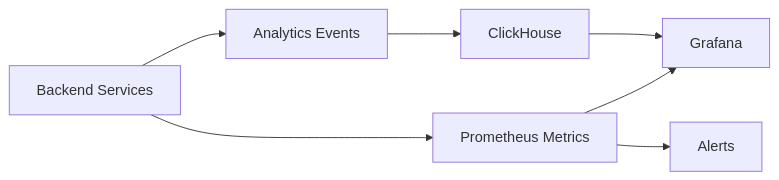
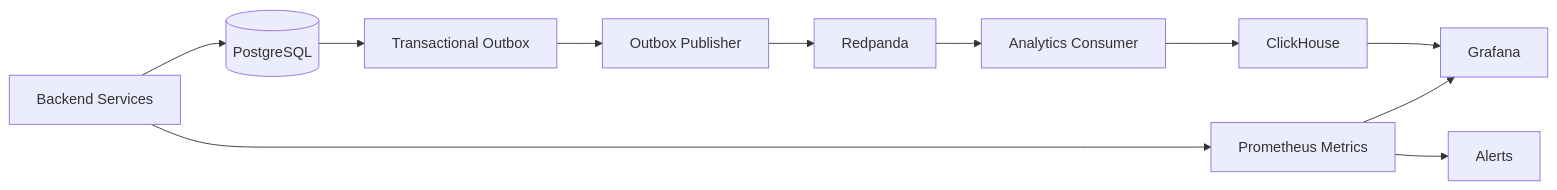
One commit to alvis-ai/production-grade-web3-rfq-market-maker changed the first of 3 diagrams in book/Volume5-BackendEngineering/Chapter08-Metrics-Service.md. Above: the diagram before and after it, drawn with Mermaid. The commit also changed other lines of this file and 55 other files, not shown here.

Commit message:
Add transactional analytics pipeline

````diff
--- a/book/Volume5-BackendEngineering/Chapter08-Metrics-Service.md
+++ b/book/Volume5-BackendEngineering/Chapter08-Metrics-Service.md
@@ -50,16 +50,24 @@
 ```mermaid
 flowchart LR
   Services[Backend Services]
   Prom[Prometheus Metrics]
-  Events[Analytics Events]
+  PG[(PostgreSQL)]
+  Outbox[Transactional Outbox]
+  Publisher[Outbox Publisher]
+  Redpanda[Redpanda]
+  Consumer[Analytics Consumer]
   ClickHouse[ClickHouse]
   Grafana[Grafana]
   Alerts[Alerts]
 
   Services --> Prom
-  Services --> Events
-  Events --> ClickHouse
+  Services --> PG
+  PG --> Outbox
+  Outbox --> Publisher
+  Publisher --> Redpanda
+  Redpanda --> Consumer
+  Consumer --> ClickHouse
   Prom --> Grafana
   ClickHouse --> Grafana
   Prom --> Alerts
 ```
````
